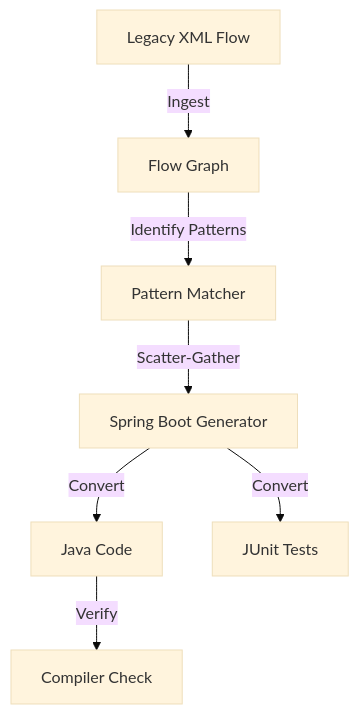
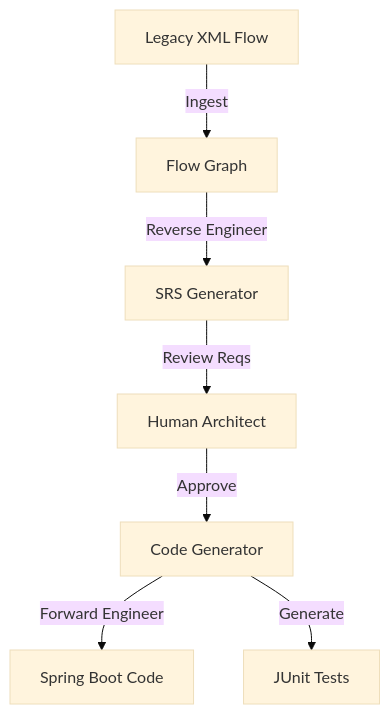
Before and after one commit to dhirajtripathi/trisarai: the diagram in integration_migration_agent/HOW_TO_USE.md, drawn with Mermaid (base theme). The commit also changed other lines of this file and 13 other files, not shown here.

````diff
--- a/integration_migration_agent/HOW_TO_USE.md
+++ b/integration_migration_agent/HOW_TO_USE.md
@@ -17,11 +17,11 @@
 ```mermaid
 graph TD
     XML[Legacy XML Flow] -->|Ingest| Graph[Flow Graph]
-    Graph -->|Identify Patterns| Analysis[Pattern Matcher]
+    Graph -->|Reverse Engineer| SRS[SRS Generator]
     
-    Analysis -->|Scatter-Gather| Target[Spring Boot Generator]
-    Target -->|Convert| Java[Java Code]
-    Target -->|Convert| Unit[JUnit Tests]
+    SRS -->|Review Reqs| Human[Human Architect]
+    Human -->|Approve| Gen[Code Generator]
     
-    Java -->|Verify| Build[Compiler Check]
+    Gen -->|Forward Engineer| Java[Spring Boot Code]
+    Gen -->|Generate| Unit[JUnit Tests]
 ```
````
